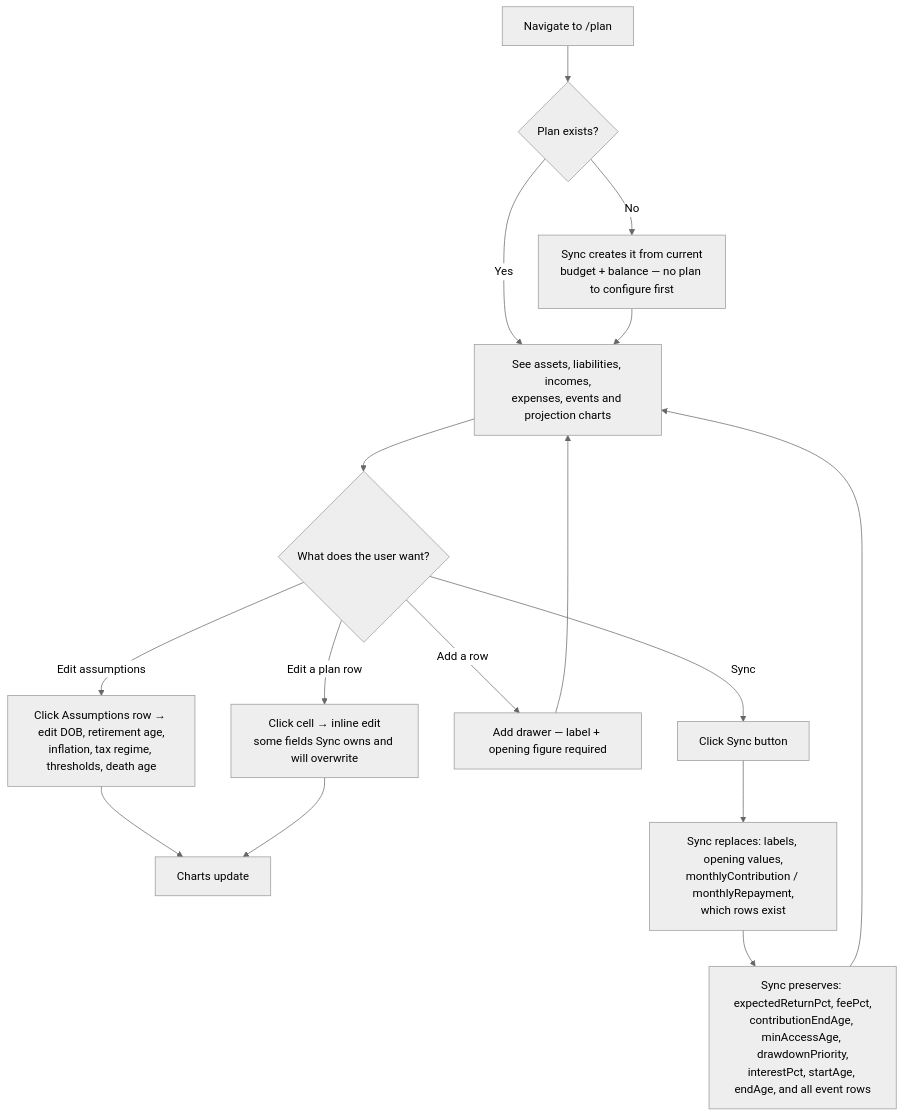
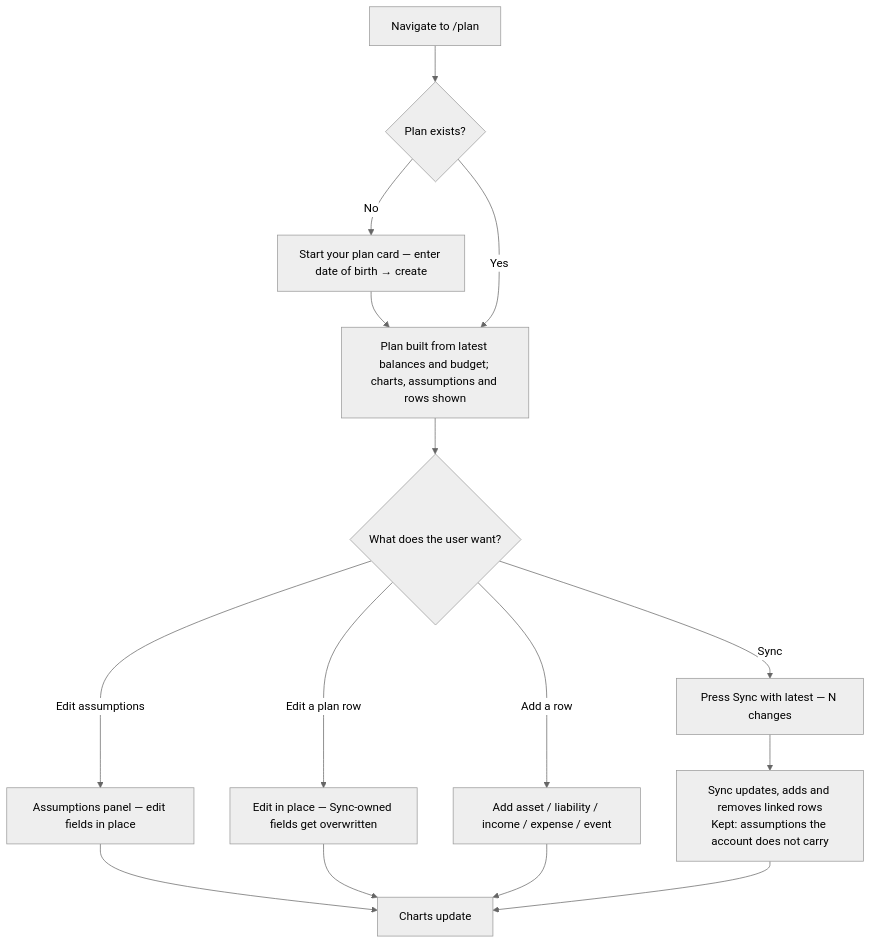
One commit to JRRS1982/halcyon changed the diagram in docs/user-journeys/sync-plan.md. Above: the diagram before and after it, drawn with Mermaid (neutral theme). The commit also changed other lines of this file and 44 other files, not shown here.

````diff
--- a/docs/user-journeys/sync-plan.md
+++ b/docs/user-journeys/sync-plan.md
@@ -10,18 +10,17 @@
 ```mermaid
 flowchart TD
     A[Navigate to /plan] --> B{Plan exists?}
-    B -->|No| C[Sync creates it from current\nbudget + balance — no plan to configure first]
-    B -->|Yes| D[See assets, liabilities, incomes,\nexpenses, events and projection charts]
-    C --> D
+    B -->|No| C[Start your plan card — enter date of birth → create]
+    C --> D[Plan built from latest balances and budget; charts, assumptions and rows shown]
+    B -->|Yes| D
     D --> E{What does the user want?}
-    E -->|Edit assumptions| F[Click Assumptions row → edit DOB, retirement age,\ninflation, tax regime, thresholds, death age]
-    E -->|Edit a plan row| G[Click cell → inline edit\nsome fields Sync owns and will overwrite]
-    E -->|Add a row| H[Add drawer — label + opening figure required]
-    E -->|Sync| I[Click Sync button]
+    E -->|Edit assumptions| F[Assumptions panel — edit fields in place]
+    E -->|Edit a plan row| G[Edit in place — Sync-owned fields get overwritten]
+    E -->|Add a row| H[Add asset / liability / income / expense / event]
+    E -->|Sync| I[Press Sync with latest — N changes]
     F --> J[Charts update]
     G --> J
-    H --> D
-    I --> K[Sync replaces: labels, opening values,\nmonthlyContribution / monthlyRepayment,\nwhich rows exist]
-    K --> L[Sync preserves: expectedReturnPct, feePct,\ncontributionEndAge, minAccessAge, drawdownPriority,\ninterestPct, startAge, endAge, and all event rows]
-    L --> D
+    H --> J
+    I --> K[Sync updates, adds and removes linked rows\nKept: assumptions the account does not carry]
+    K --> J
 ```
````
